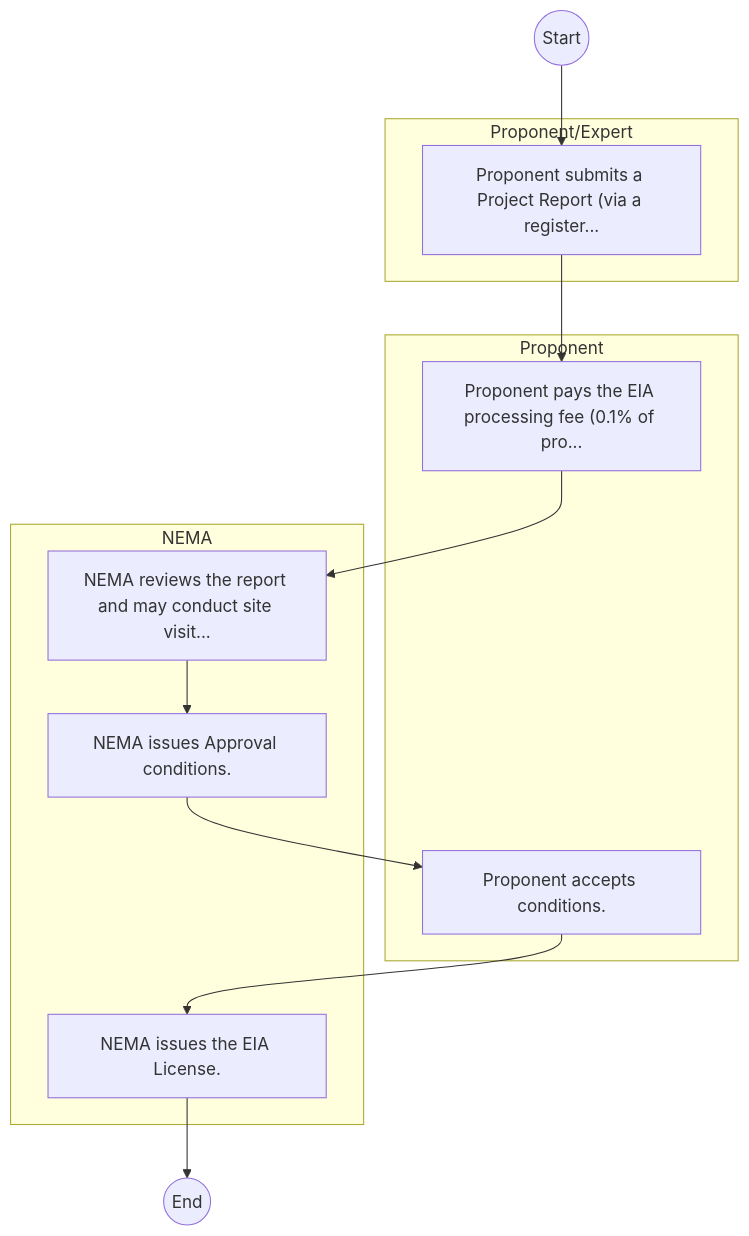
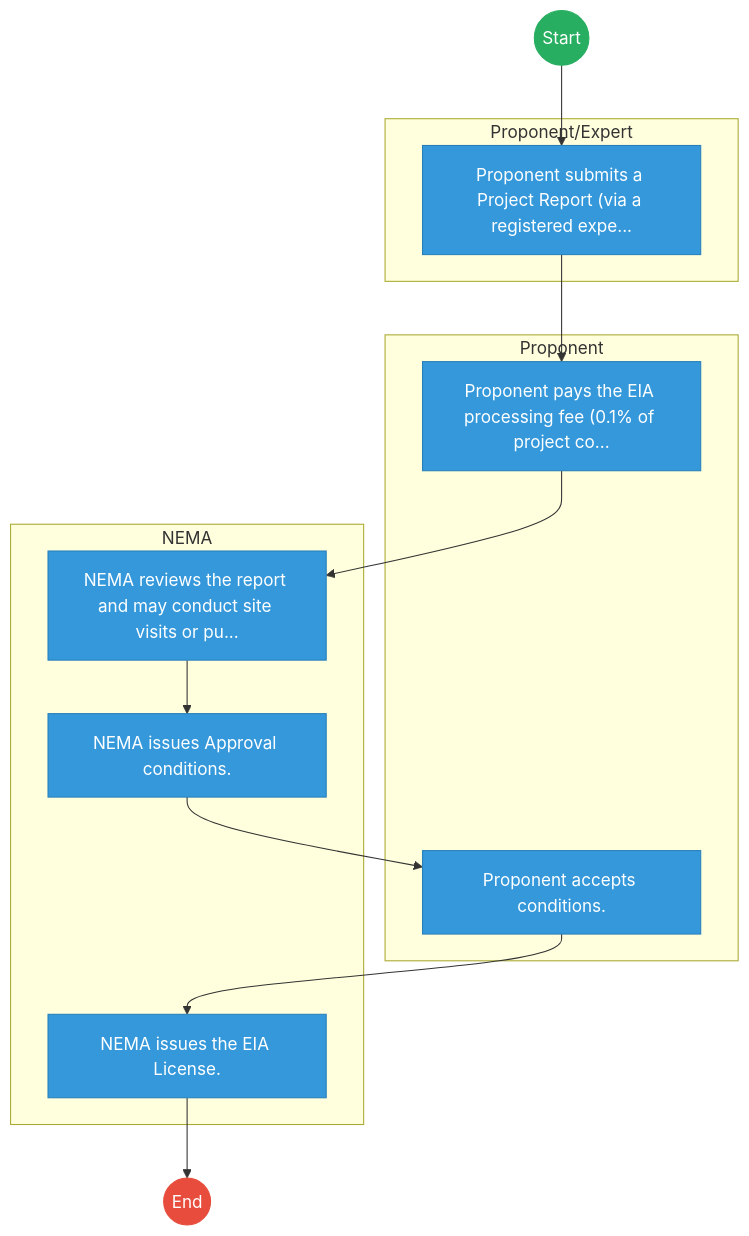
The first of 2 diagrams in mdas/docs_final/National_Environment_Management_Authority___Service_Delivery.md (BITZ-IT-Consulting-LTD/ictapoc), drawn with Mermaid before and after one commit. The commit also changed other lines of this file and 461 other files, not shown here.

````diff
--- a/mdas/docs_final/National_Environment_Management_Authority___Service_Delivery.md
+++ b/mdas/docs_final/National_Environment_Management_Authority___Service_Delivery.md
@@ -20,22 +20,34 @@
 ```mermaid
 graph TD
     Start((Start)) --> S1
-    subgraph ProponentExpert [Proponent/Expert]
-        S1["Proponent submits a Project Report (via a register..."]
+
+    subgraph Proponent_Expert [Proponent/Expert]
+        S1["Proponent submits a Project Report (via a registered expe..."]
     end
+
     subgraph Proponent [Proponent]
-        S2["Proponent pays the EIA processing fee (0.1% of pro..."]
+        S2["Proponent pays the EIA processing fee (0.1% of project co..."]
         S5["Proponent accepts conditions."]
     end
+
     subgraph NEMA [NEMA]
-        S3["NEMA reviews the report and may conduct site visit..."]
+        S3["NEMA reviews the report and may conduct site visits or pu..."]
         S4["NEMA issues Approval conditions."]
         S6["NEMA issues the EIA License."]
     end
     S1 --> S2
     S2 --> S3
     S3 --> S4
     S4 --> S5
     S5 --> S6
     S6 --> End((End))
+
+    classDef start fill:#27ae60,stroke:#27ae60,color:#fff;
+    classDef endNode fill:#e74c3c,stroke:#e74c3c,color:#fff;
+    classDef userTask fill:#3498db,stroke:#2980b9,color:#fff;
+    classDef serviceTask fill:#9b59b6,stroke:#8e44ad,color:#fff;
+
+    class Start start;
+    class End endNode;
+    class S1,S2,S3,S4,S5,S6 userTask;
 ```
````
